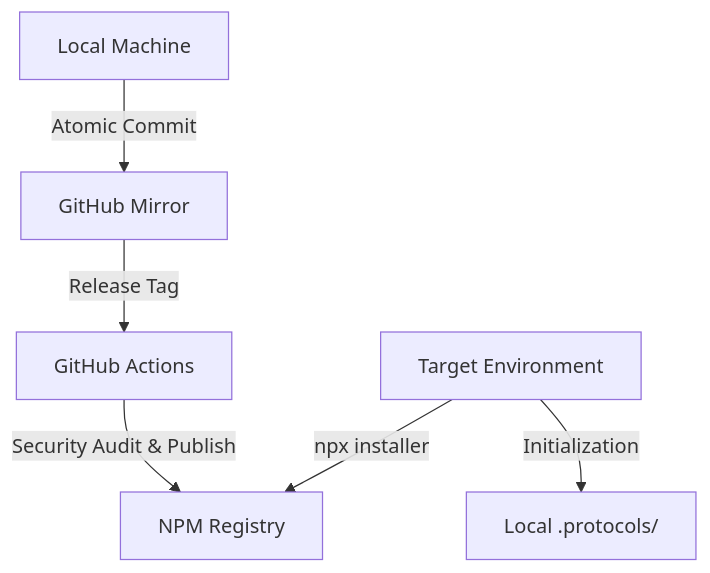
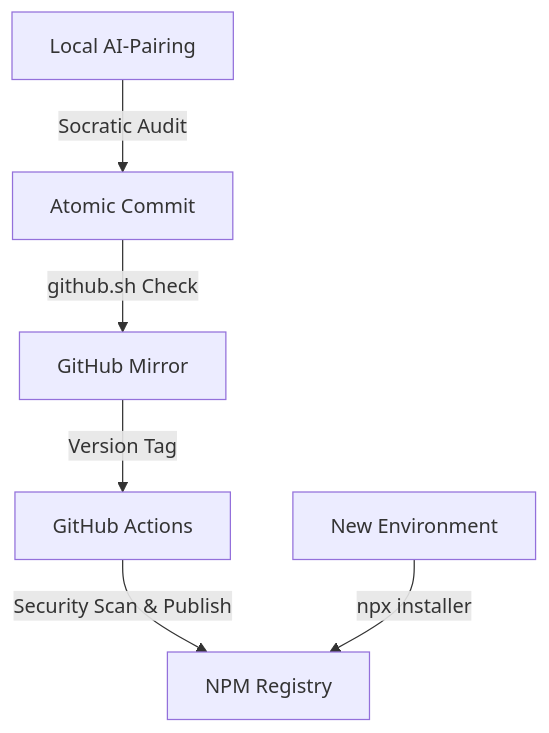
The diagram in README.md (wistant/dotfiles), drawn with Mermaid before and after one commit. The commit also changed other lines of this file, not shown here.

````diff
--- a/README.md
+++ b/README.md
@@ -26,8 +34,8 @@
 ```mermaid
 graph TD
-    A[Local Machine] -- Atomic Commit --> B[GitHub Mirror]
-    B -- Release Tag --> C[GitHub Actions]
-    C -- Security Audit & Publish --> D[NPM Registry]
-    E[Target Environment] -- npx installer --> D
-    E -- Initialization --> F[Local .protocols/]
+    A[Local AI-Pairing] -- Socratic Audit --> B[Atomic Commit]
+    B -- github.sh Check --> C[GitHub Mirror]
+    C -- Version Tag --> D[GitHub Actions]
+    D -- Security Scan & Publish --> E[NPM Registry]
+    F[New Environment] -- npx installer --> E
 ```
````
